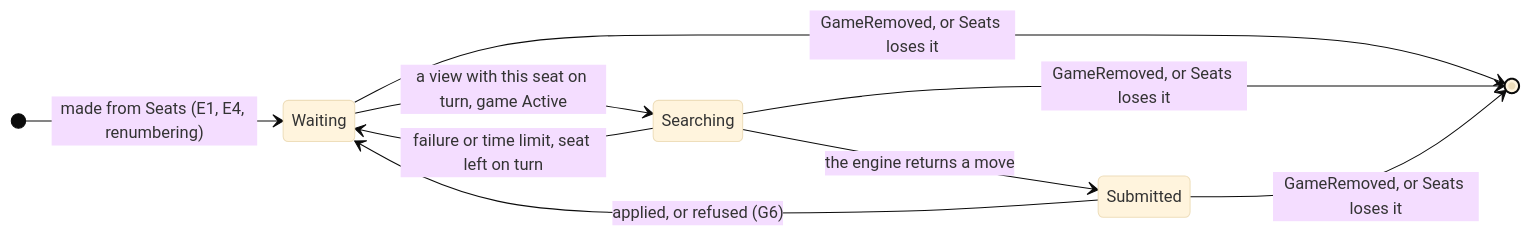
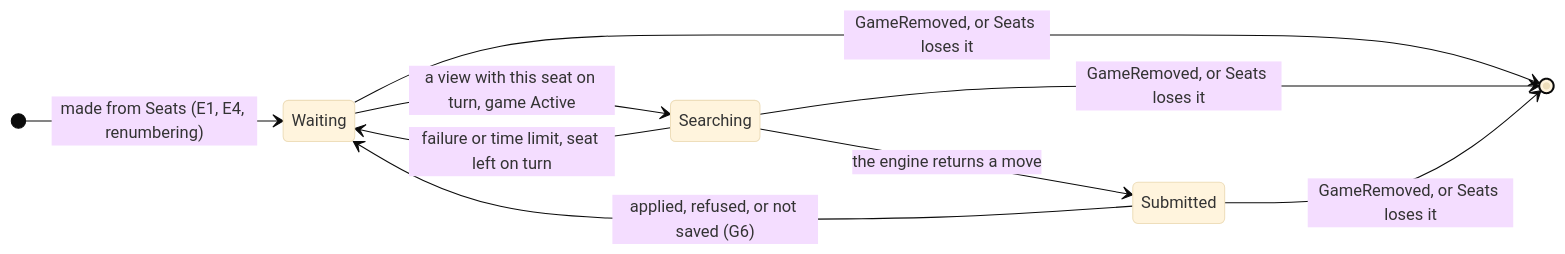
One commit to delphside/programme changed the first of 3 diagrams in applications/tile-lite-elite/3.1.7-changes/workstreams/application-game-architecture/71-one-game-model/71-life-histories.md. Above: the diagram before and after it, drawn with Mermaid (base theme). The commit also changed other lines of this file and 1 other file, not shown here.

````diff
--- a/applications/tile-lite-elite/3.1.7-changes/workstreams/application-game-architecture/71-one-game-model/71-life-histories.md
+++ b/applications/tile-lite-elite/3.1.7-changes/workstreams/application-game-architecture/71-one-game-model/71-life-histories.md
@@ -150,12 +157,12 @@
 ```mermaid
 stateDiagram-v2
     direction LR
     [*] --> Waiting: made from Seats (E1, E4, renumbering)
     Waiting --> Searching: a view with this seat on turn, game Active
     Searching --> Submitted: the engine returns a move
     Searching --> Waiting: failure or time limit, seat left on turn
-    Submitted --> Waiting: applied, or refused (G6)
+    Submitted --> Waiting: applied, refused, or not saved (G6)
     Waiting --> [*]: GameRemoved, or Seats loses it
     Searching --> [*]: GameRemoved, or Seats loses it
     Submitted --> [*]: GameRemoved, or Seats loses it
 ```
````
